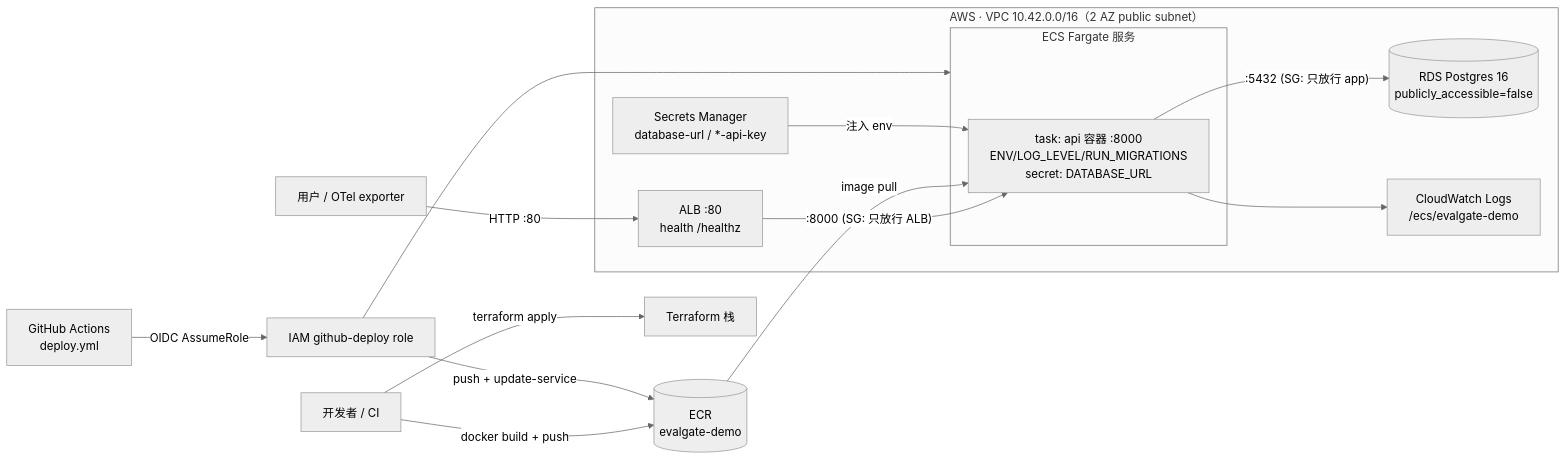
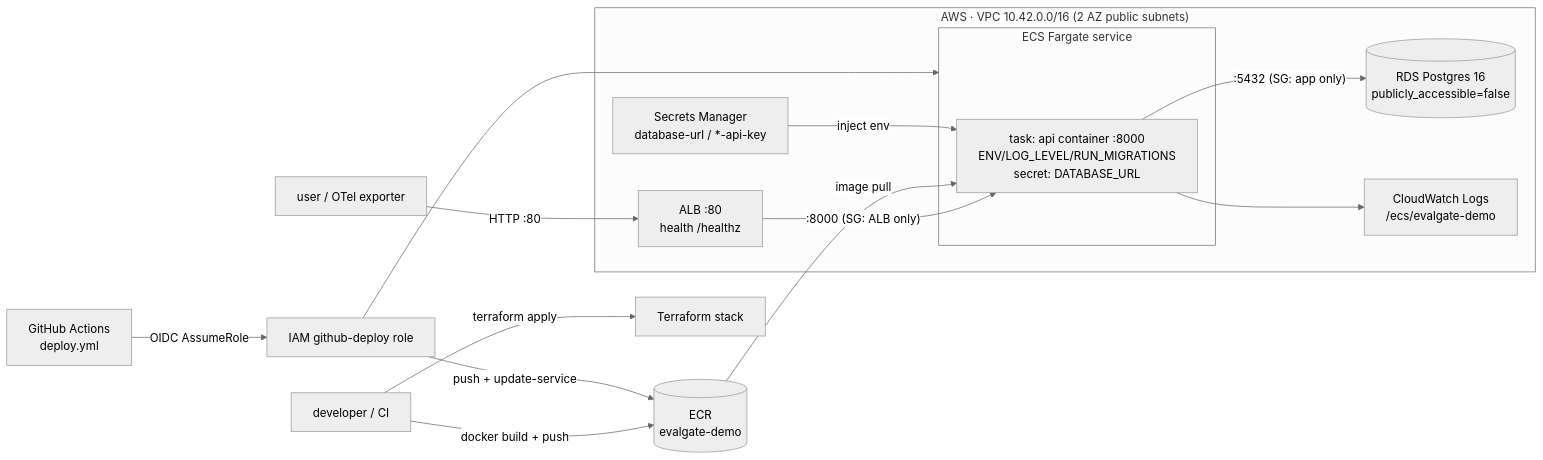
One commit to AndyUneducated/eval-gate changed the diagram in docs/PHASE_18_PLAN.md. Above: the diagram before and after it, drawn with Mermaid (neutral theme). The commit also changed other lines of this file and 22 other files, not shown here.

````diff
--- a/docs/PHASE_18_PLAN.md
+++ b/docs/PHASE_18_PLAN.md
@@ -9,26 +9,26 @@
 ```mermaid
 flowchart LR
-  Dev["开发者 / CI"] -->|"docker build + push"| ECR[("ECR<br/>evalgate-demo")]
-  Dev -->|"terraform apply"| TF["Terraform 栈"]
+  Dev["developer / CI"] -->|"docker build + push"| ECR[("ECR<br/>evalgate-demo")]
+  Dev -->|"terraform apply"| TF["Terraform stack"]
 
-  subgraph aws["AWS · VPC 10.42.0.0/16（2 AZ public subnet）"]
+  subgraph aws["AWS · VPC 10.42.0.0/16 (2 AZ public subnets)"]
     ALB["ALB :80<br/>health /healthz"]
-    subgraph ecs["ECS Fargate 服务"]
-      Task["task: api 容器 :8000<br/>ENV/LOG_LEVEL/RUN_MIGRATIONS<br/>secret: DATABASE_URL"]
+    subgraph ecs["ECS Fargate service"]
+      Task["task: api container :8000<br/>ENV/LOG_LEVEL/RUN_MIGRATIONS<br/>secret: DATABASE_URL"]
     end
     RDS[("RDS Postgres 16<br/>publicly_accessible=false")]
     SM["Secrets Manager<br/>database-url / *-api-key"]
     CW["CloudWatch Logs<br/>/ecs/evalgate-demo"]
   end
 
-  User["用户 / OTel exporter"] -->|"HTTP :80"| ALB
-  ALB -->|":8000 (SG: 只放行 ALB)"| Task
+  User["user / OTel exporter"] -->|"HTTP :80"| ALB
+  ALB -->|":8000 (SG: ALB only)"| Task
   ECR -->|"image pull"| Task
-  Task -->|":5432 (SG: 只放行 app)"| RDS
-  SM -->|"注入 env"| Task
+  Task -->|":5432 (SG: app only)"| RDS
+  SM -->|"inject env"| Task
   Task --> CW
 
   GH["GitHub Actions<br/>deploy.yml"] -->|"OIDC AssumeRole"| Role["IAM github-deploy role"]
   Role -->|"push + update-service"| ECR
   Role --> ecs
 ```
````
